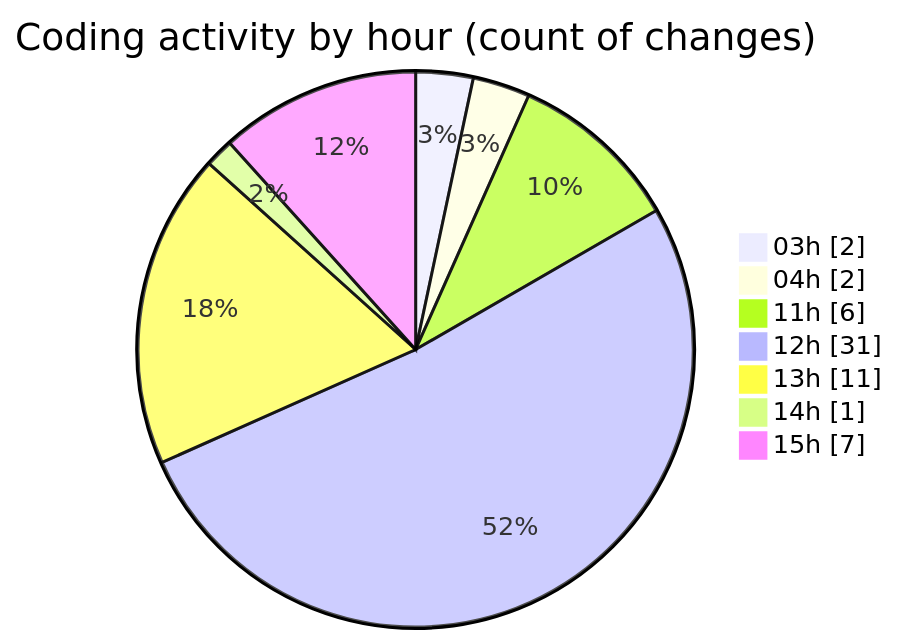
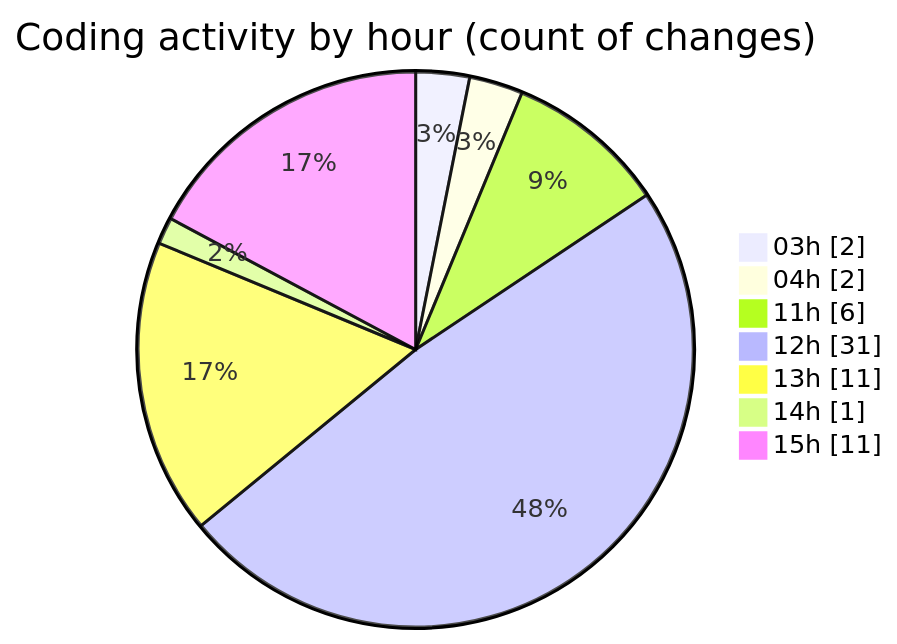
One commit to FelipKnott/code-tracking changed the second of 2 diagrams in 2025-07-04/cursor/README.md. Above: the diagram before and after it, drawn with Mermaid. The commit also changed other lines of this file and 1 other file, not shown here.

````diff
--- a/2025-07-04/cursor/README.md
+++ b/2025-07-04/cursor/README.md
@@ -45,11 +45,11 @@
 ```mermaid
 pie showData
 title Coding activity by hour (count of changes)
 "03h" : 2
 "04h" : 2
 "11h" : 6
 "12h" : 31
 "13h" : 11
 "14h" : 1
-"15h" : 7
+"15h" : 11
 ```
````
